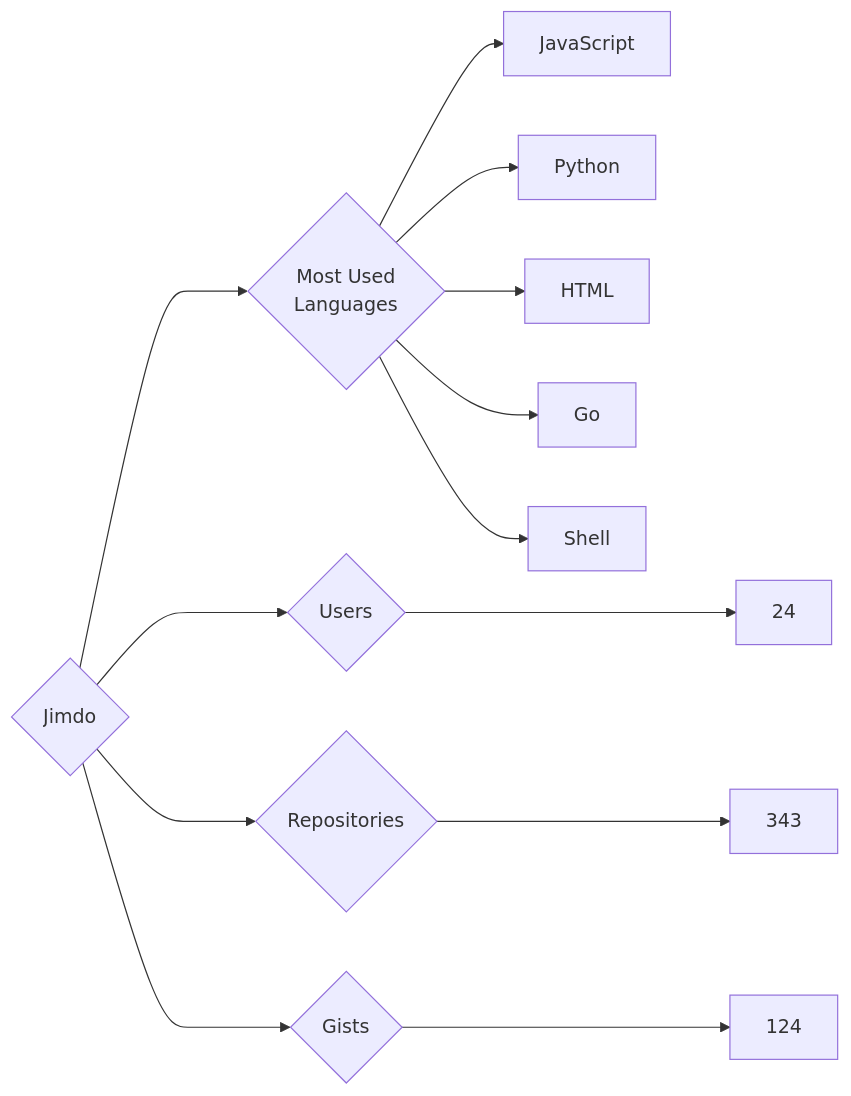
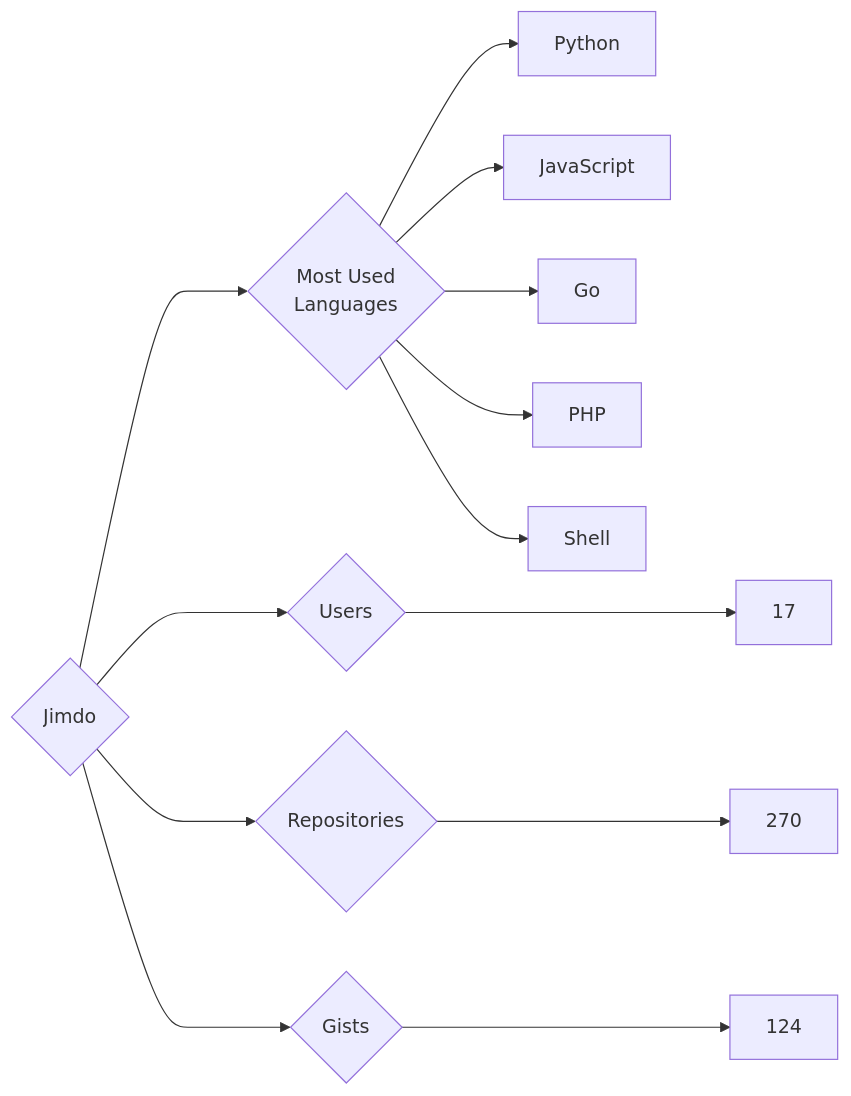
Before and after one commit to trickest/insiders: the diagram in targets/Jimdo/README.md, drawn with Mermaid. The commit also changed 1084 other files, not shown here.

````diff
--- a/targets/Jimdo/README.md
+++ b/targets/Jimdo/README.md
@@ -3,13 +3,13 @@
 ```mermaid
 graph LR
 COMPANY_NAME{Jimdo}
-COMPANY_NAME ---> U{Users} ---> UN[24]
-COMPANY_NAME ---> R{Repositories} ---> RN[343]
+COMPANY_NAME ---> U{Users} ---> UN[17]
+COMPANY_NAME ---> R{Repositories} ---> RN[270]
 COMPANY_NAME ---> G{Gists} ---> GN[124]
 COMPANY_NAME ---> ML{Most Used<br>Languages}
+ML --> Python[Python]
 ML --> JavaScript[JavaScript]
-ML --> Python[Python]
-ML --> HTML[HTML]
 ML --> Go[Go]
+ML --> PHP[PHP]
 ML --> Shell[Shell]
 ```
````
